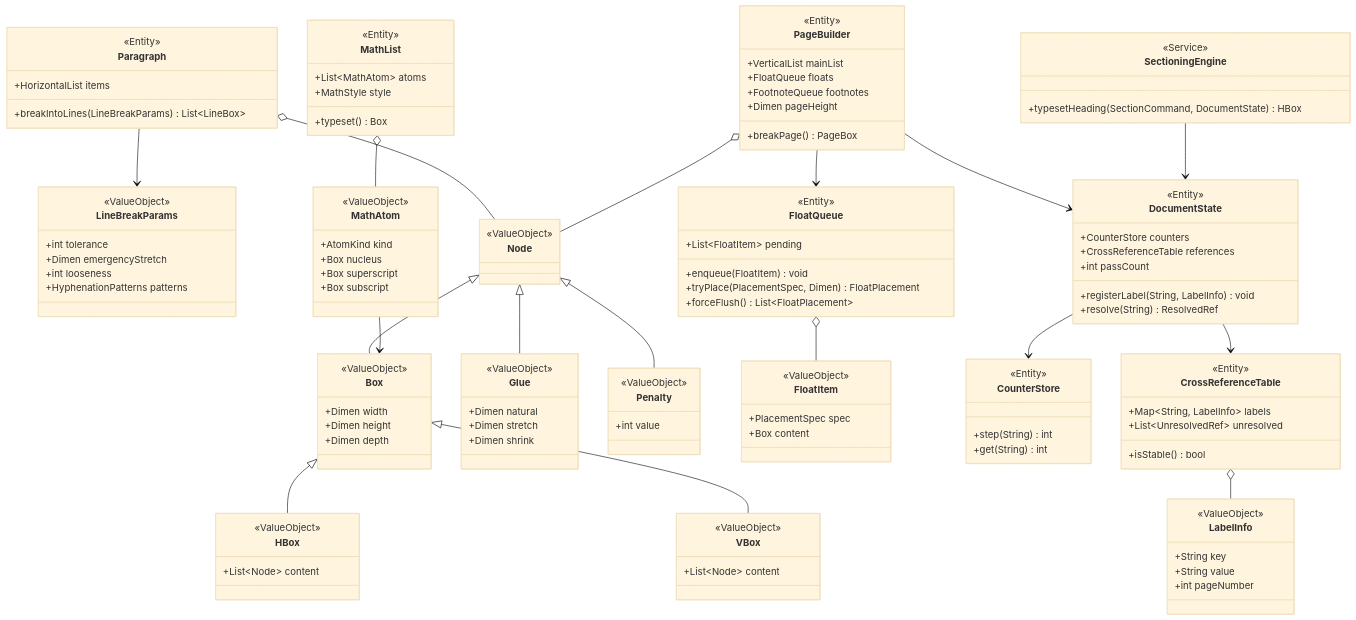
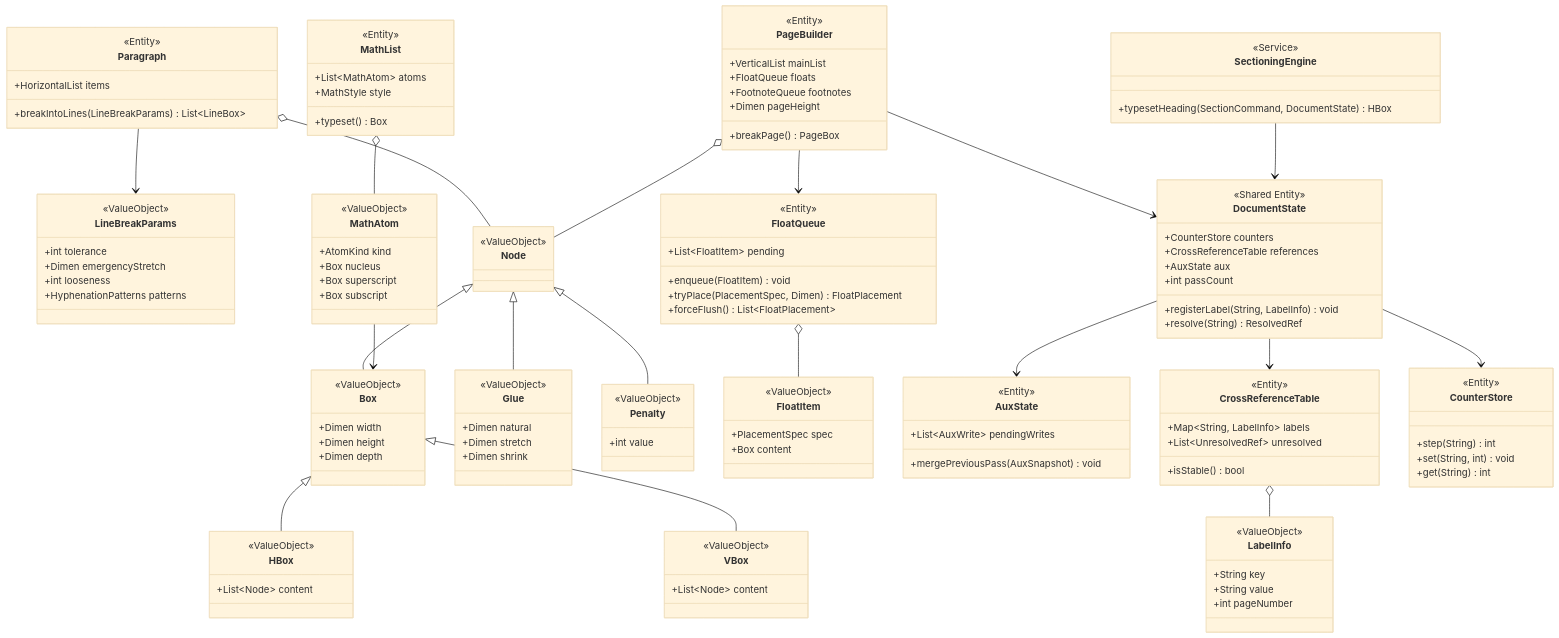
Before and after one commit to RK0429/ferritex: the third of 12 diagrams in docs/domain_model.md, drawn with Mermaid (base theme). The commit also changed other lines of this file and 1 other file, not shown here.

````diff
--- a/docs/domain_model.md
+++ b/docs/domain_model.md
@@ -343,17 +370,18 @@
         +Box content
     }
     class DocumentState {
-        <<Entity>>
+        <<Shared Entity>>
         +CounterStore counters
         +CrossReferenceTable references
+        +AuxState aux
         +int passCount
         +registerLabel(String, LabelInfo) void
         +resolve(String) ResolvedRef
     }
-    class CounterStore {
+    class AuxState {
         <<Entity>>
-        +step(String) int
-        +get(String) int
+        +List~AuxWrite~ pendingWrites
+        +mergePreviousPass(AuxSnapshot) void
     }
     class CrossReferenceTable {
         <<Entity>>
@@ -366,6 +394,12 @@
         +String key
         +String value
         +int pageNumber
+    }
+    class CounterStore {
+        <<Entity>>
+        +step(String) int
+        +set(String, int) void
+        +get(String) int
     }
 
     Box <|-- HBox
@@ -383,6 +417,7 @@
     MathAtom --> Box
     SectioningEngine --> DocumentState
     DocumentState --> CounterStore
+    DocumentState --> AuxState
     DocumentState --> CrossReferenceTable
     CrossReferenceTable o-- LabelInfo
 ```
````
